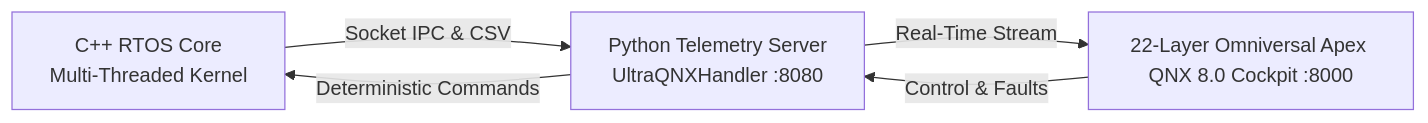
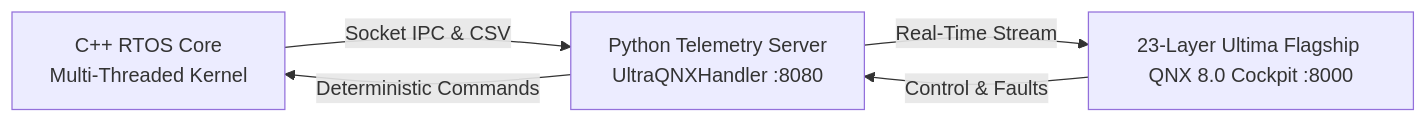
One commit to shaikhabdul2015-max/qnx-hackathon-project changed the diagram in README.md. Above: the diagram before and after it, drawn with Mermaid. The commit also changed other lines of this file and 1 other file, not shown here.

Commit message:
Add Layer 23 Ultima Flagship: Trauma-Medevac Autopilot and Chassis Structural Scan

````diff
--- a/README.md
+++ b/README.md
@@ -9,7 +9,7 @@
 ```mermaid
 graph LR
     A[C++ RTOS Core<br/>Multi-Threaded Kernel] -->|Socket IPC & CSV| B[Python Telemetry Server<br/>UltraQNXHandler :8080]
-    B -->|Real-Time Stream| C[22-Layer Omniversal Apex QNX 8.0 Cockpit :8000]
+    B -->|Real-Time Stream| C[23-Layer Ultima Flagship QNX 8.0 Cockpit :8000]
     C -->|Control & Faults| B
     B -->|Deterministic Commands| A
 ```
````
